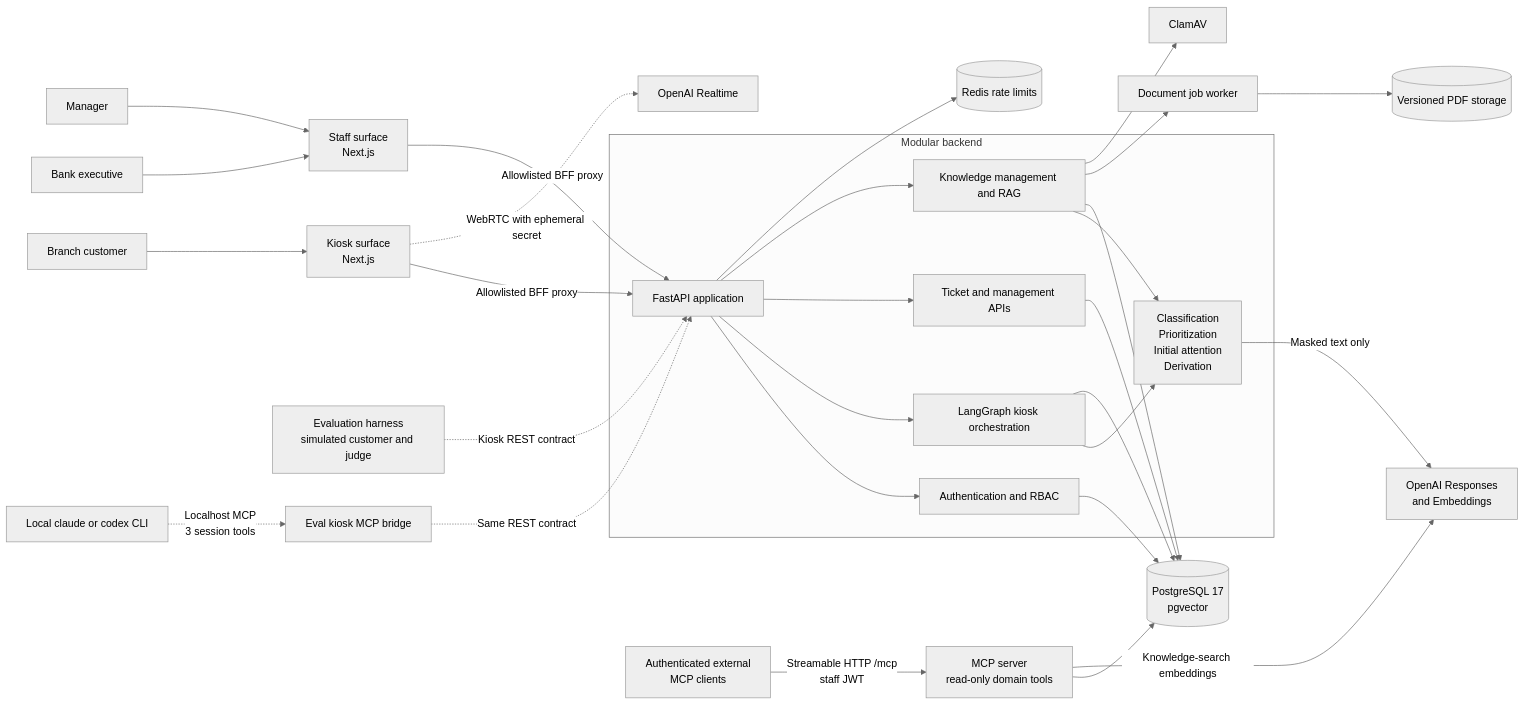
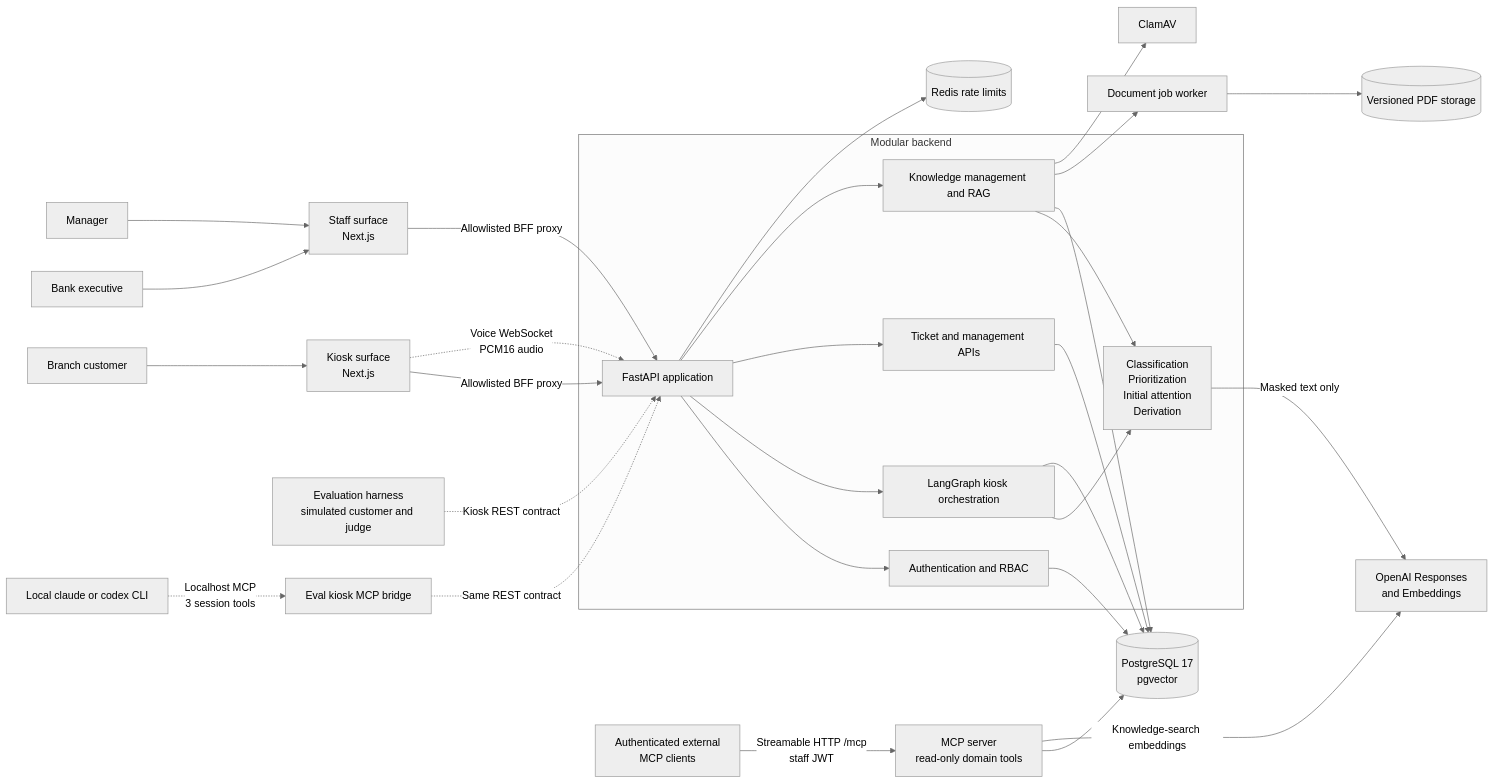
Before and after one commit to ChristianMendozaa/banking-orchestration-system: the first of 10 diagrams in README.md, drawn with Mermaid (neutral theme). The commit also changed other lines of this file and 50 other files, not shown here.

````diff
--- a/README.md
+++ b/README.md
@@ -58,36 +58,36 @@
 ```mermaid
 flowchart LR
     Customer[Branch customer] --> Kiosk[Kiosk surface<br/>Next.js]
     Executive[Bank executive] --> Staff[Staff surface<br/>Next.js]
     Manager[Manager] --> Staff
     Eval[Evaluation harness<br/>simulated customer and judge] -.->|Kiosk REST contract| API
     CliAgent[Local claude or codex CLI] -.->|Localhost MCP<br/>3 session tools| Bridge[Eval kiosk MCP bridge]
     Bridge -.->|Same REST contract| API
 
     Kiosk -->|Allowlisted BFF proxy| API[FastAPI application]
     Staff -->|Allowlisted BFF proxy| API
-    Kiosk -.->|WebRTC with ephemeral secret| Realtime[OpenAI Realtime]
+    Kiosk -.->|Voice WebSocket<br/>PCM16 audio| API
 
     subgraph Backend[Modular backend]
         API --> Auth[Authentication and RBAC]
         API --> Orchestrator[LangGraph kiosk orchestration]
         API --> Operations[Ticket and management APIs]
         API --> Knowledge[Knowledge management and RAG]
         Orchestrator --> Agents[Classification<br/>Prioritization<br/>Initial attention<br/>Derivation]
         Knowledge --> Agents
     end
 
     Auth --> PostgreSQL[(PostgreSQL 17<br/>pgvector)]
     Orchestrator --> PostgreSQL
     Operations --> PostgreSQL
     Knowledge --> PostgreSQL
     Knowledge --> Queue[Document job worker]
     Queue --> Documents[(Versioned PDF storage)]
     Knowledge --> Scanner[ClamAV]
     API --> Redis[(Redis rate limits)]
     Agents -->|Masked text only| OpenAI[OpenAI Responses<br/>and Embeddings]
 
     MCPClients[Authenticated external<br/>MCP clients] -->|Streamable HTTP /mcp<br/>staff JWT| MCP[MCP server<br/>read-only domain tools]
     MCP --> PostgreSQL
     MCP -->|Knowledge-search embeddings| OpenAI
 ```
````
